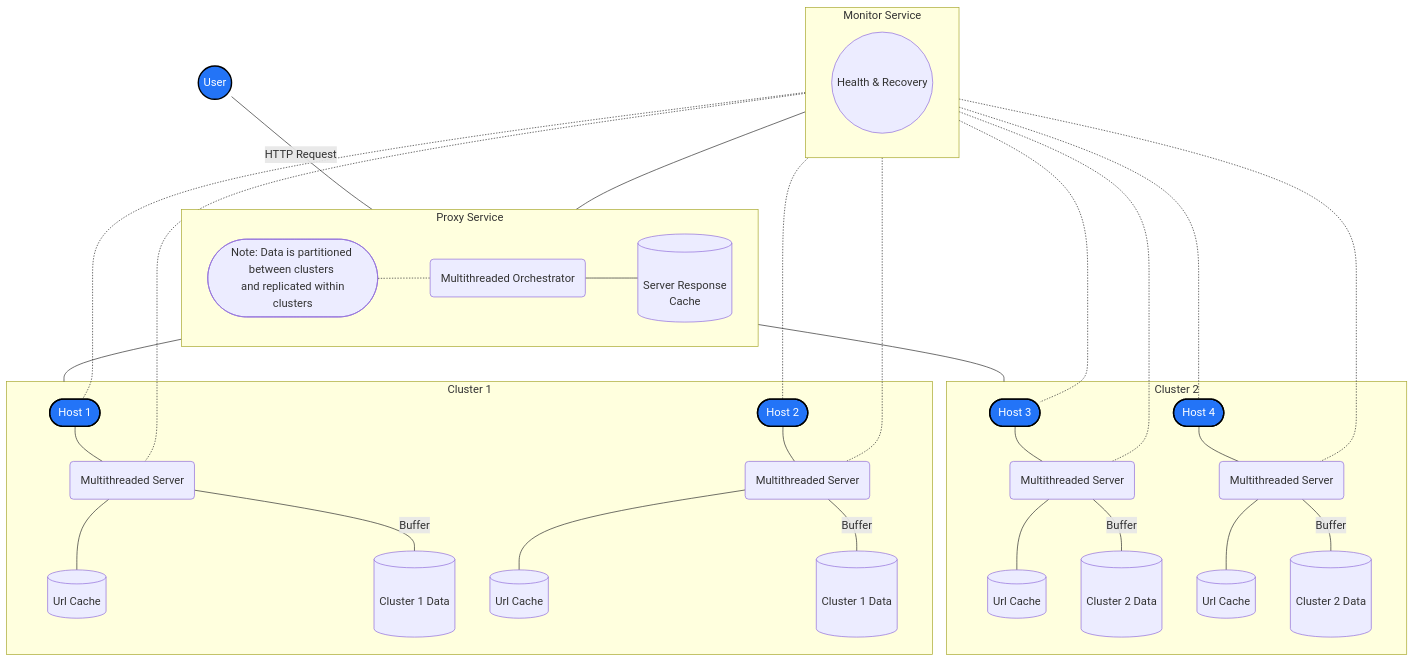
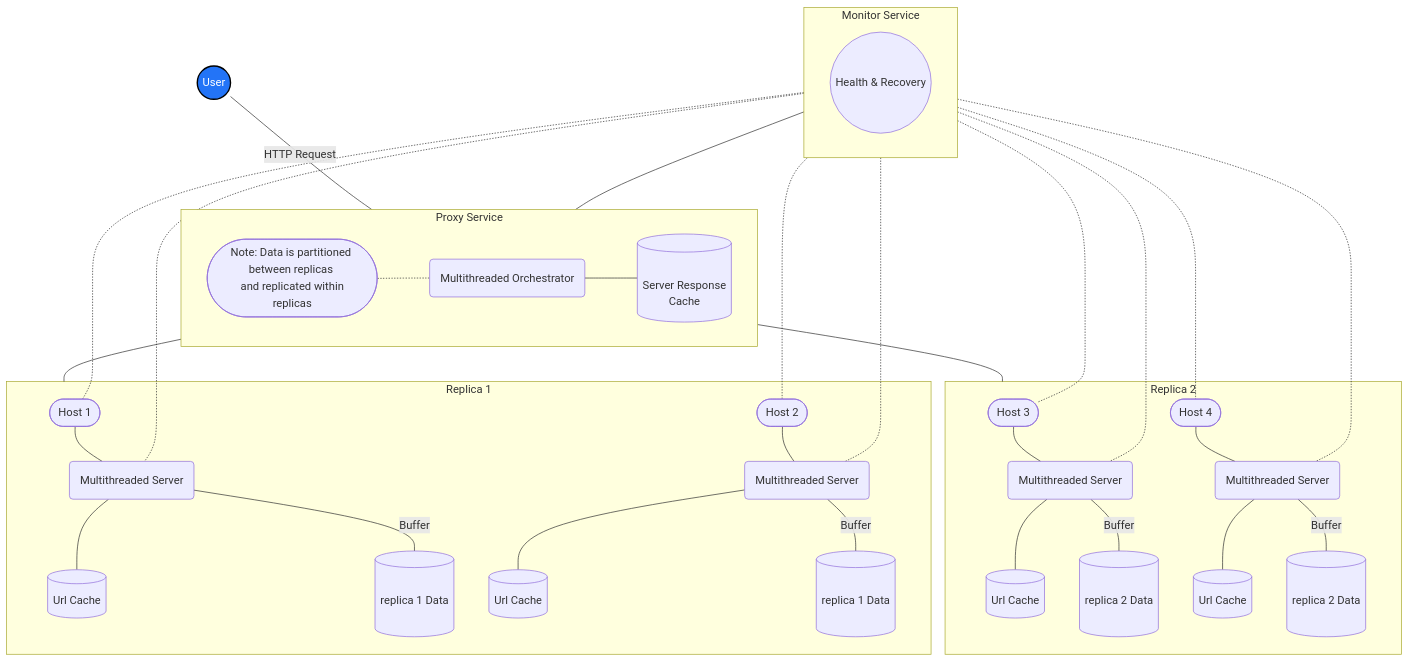
One commit to anthonytedja/redirect changed the first of 3 diagrams in README.md. Above: the diagram before and after it, drawn with Mermaid. The commit also changed other lines of this file and 18 other files, not shown here.

````diff
--- a/README.md
+++ b/README.md
@@ -5,44 +5,44 @@
 ```mermaid
 graph TD
   user((User)):::blue
   user --- |HTTP Request| proxy
-  proxy --- cluster1
-  proxy --- cluster2
+  proxy --- replica1
+  proxy --- replica2
   subgraph proxy["Proxy Service"]
-  note([Note: Data is partitioned between clusters <br> and replicated within clusters]) -.-
+  note([Note: Data is partitioned between replicas <br> and replicated within replicas]) -.-
   orchestrator(Multithreaded Orchestrator) --- cache[(<br>Server Response <br> Cache)]
   end
   subgraph monitor["Monitor Service"]
   health((Health & Recovery))
   end
   monitor --- proxy
   monitor -.- host1
   monitor -.- host2
   monitor -.- host3
   monitor -.- host4
   monitor -.- server1
   monitor -.- server2
   monitor -.- server3
   monitor -.- server4
-  subgraph cluster2["Cluster 2"]
-  host3([Host 3]):::blue --- server3(Multithreaded Server)
+  subgraph replica2["Replica 2"]
+  host3([Host 3]) --- server3(Multithreaded Server)
   server3 --- cache3[(Url Cache)]
-  server3 --- |Buffer| cluster2db1[(<br> Cluster 2 Data <br><br>)]
+  server3 --- |Buffer| replica2db1[(<br> replica 2 Data <br><br>)]
 
-  host4([Host 4]):::blue --- server4(Multithreaded Server)
+  host4([Host 4]) --- server4(Multithreaded Server)
   server4 --- cache4[(Url Cache)]
-  server4 --- |Buffer| cluster2db2[(<br> Cluster 2 Data <br><br>)]
+  server4 --- |Buffer| replica2db2[(<br> replica 2 Data <br><br>)]
   end
-  subgraph cluster1["Cluster 1"]
-  host1([Host 1]):::blue --- server1(Multithreaded Server)
+  subgraph replica1["Replica 1"]
+  host1([Host 1]) --- server1(Multithreaded Server)
   server1 --- cache1[(Url Cache)]
-  server1 --- |Buffer| cluster1db1[(<br> Cluster 1 Data <br><br>)]
+  server1 --- |Buffer| replica1db1[(<br> replica 1 Data <br><br>)]
 
-  host2([Host 2]):::blue --- server2(Multithreaded Server)
+  host2([Host 2]) --- server2(Multithreaded Server)
   server2 --- cache2[(Url Cache)]
-  server2 --- |Buffer| cluster1db2[(<br> Cluster 1 Data <br><br>)]
+  server2 --- |Buffer| replica1db2[(<br> replica 1 Data <br><br>)]
   end
 
 %% Colors %%
 classDef blue fill:#2374f7,stroke:#000,stroke-width:2px,color:#fff
 ```
````
